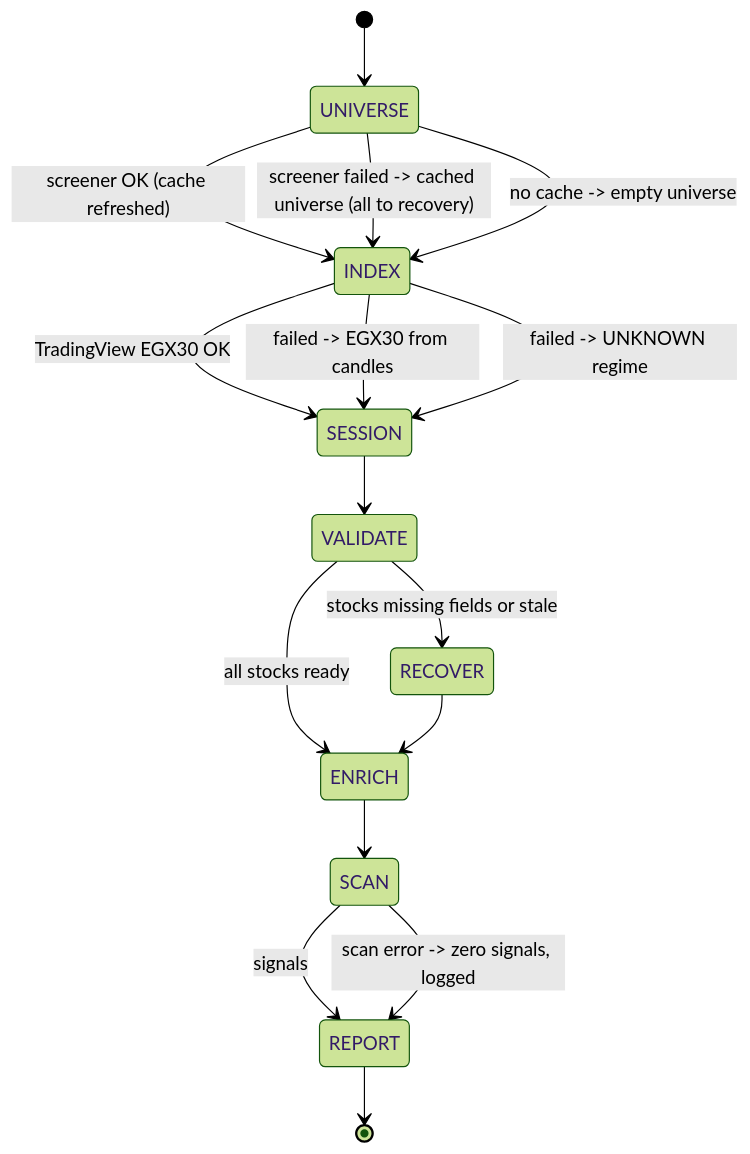
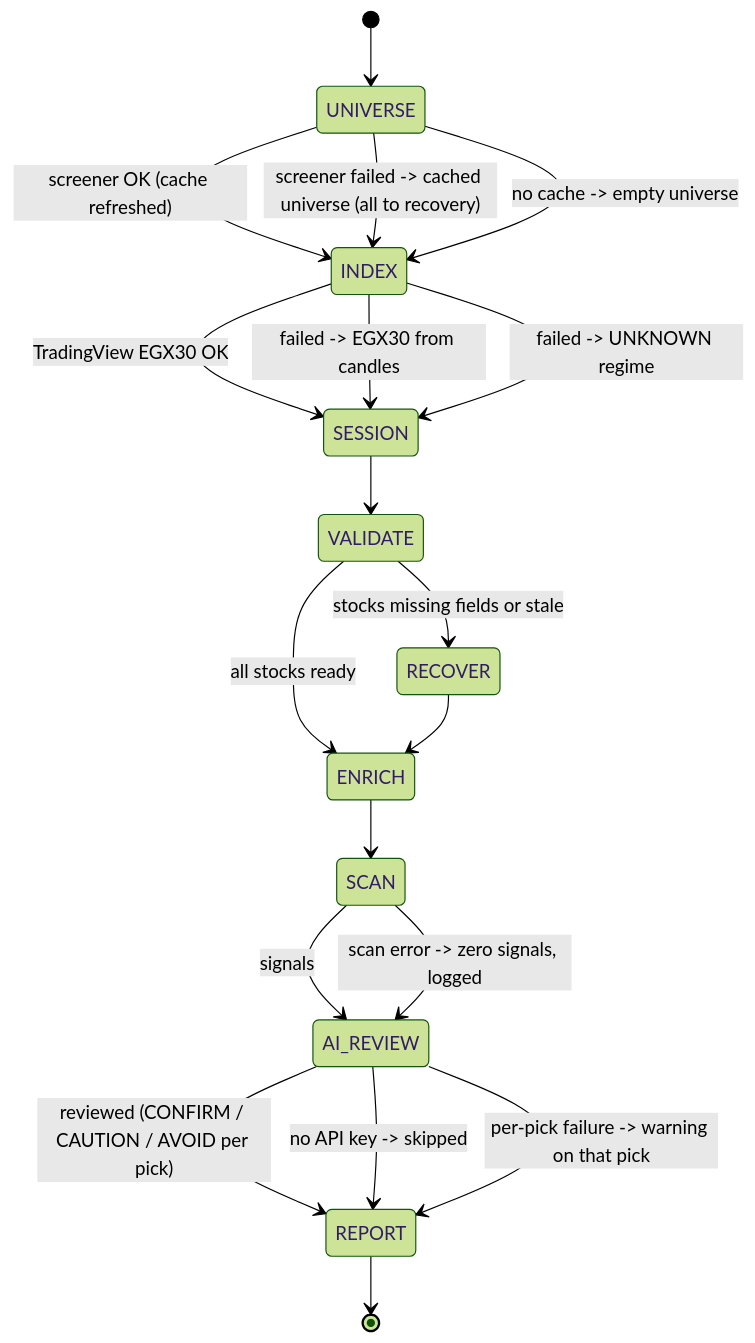
One commit to tarekfouad97/EGX changed the first of 2 diagrams in docs/REQUIREMENTS.md. Above: the diagram before and after it, drawn with Mermaid (forest theme). The commit also changed other lines of this file and 13 other files, not shown here.

````diff
--- a/docs/REQUIREMENTS.md
+++ b/docs/REQUIREMENTS.md
@@ -91,18 +109,21 @@
 ```mermaid
 stateDiagram-v2
     [*] --> UNIVERSE
     UNIVERSE --> INDEX: screener OK (cache refreshed)
     UNIVERSE --> INDEX: screener failed -> cached universe (all to recovery)
     UNIVERSE --> INDEX: no cache -> empty universe
     INDEX --> SESSION: TradingView EGX30 OK
     INDEX --> SESSION: failed -> EGX30 from candles
     INDEX --> SESSION: failed -> UNKNOWN regime
     SESSION --> VALIDATE
     VALIDATE --> RECOVER: stocks missing fields or stale
     VALIDATE --> ENRICH: all stocks ready
     RECOVER --> ENRICH
     ENRICH --> SCAN
-    SCAN --> REPORT: signals
-    SCAN --> REPORT: scan error -> zero signals, logged
+    SCAN --> AI_REVIEW: signals
+    SCAN --> AI_REVIEW: scan error -> zero signals, logged
+    AI_REVIEW --> REPORT: reviewed (CONFIRM / CAUTION / AVOID per pick)
+    AI_REVIEW --> REPORT: no API key -> skipped
+    AI_REVIEW --> REPORT: per-pick failure -> warning on that pick
     REPORT --> [*]
 ```
````
